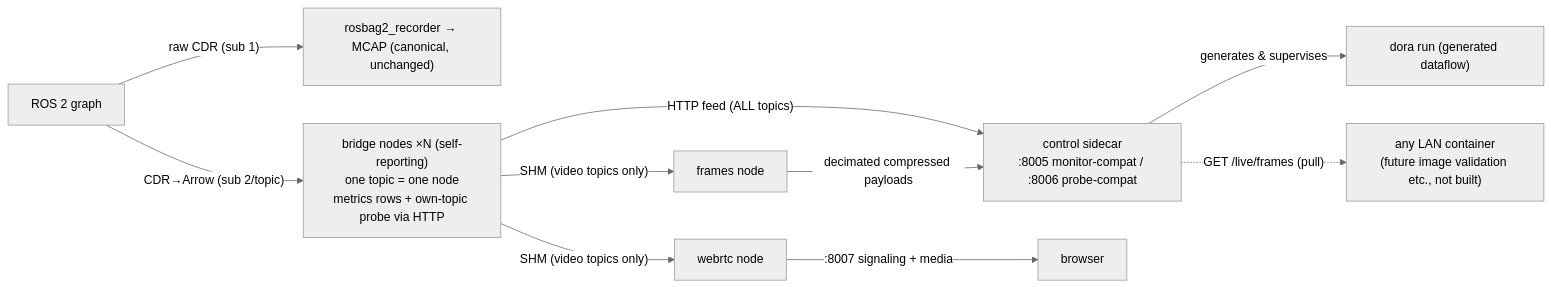
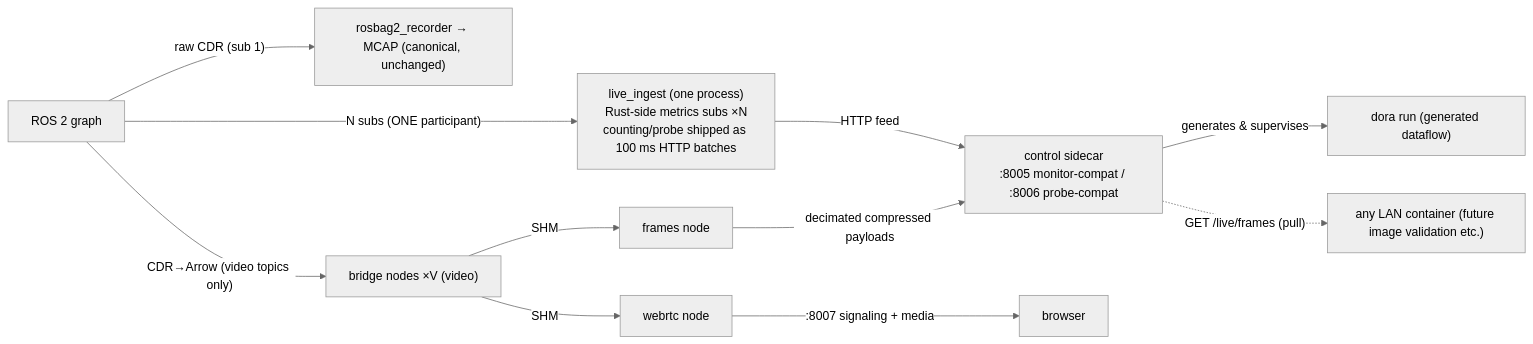
One commit to sige0002/kairos changed the diagram in docs/specs/en/dora_live.md. Above: the diagram before and after it, drawn with Mermaid (neutral theme). The commit also changed other lines of this file and 9 other files, not shown here.

````diff
--- a/docs/specs/en/dora_live.md
+++ b/docs/specs/en/dora_live.md
@@ -29,11 +29,12 @@
 ```mermaid
 flowchart LR
     ROS["ROS 2 graph"] -->|"raw CDR (sub 1)"| REC["rosbag2_recorder → MCAP (canonical, unchanged)"]
-    ROS -->|"CDR→Arrow (sub 2/topic)"| B["bridge nodes ×N (self-reporting)<br/>one topic = one node<br/>metrics rows + own-topic probe via HTTP"]
-    B -->|"HTTP feed (ALL topics)"| C["control sidecar<br/>:8005 monitor-compat / :8006 probe-compat"]
-    B -->|"SHM (video topics only)"| F["frames node"] & W["webrtc node"]
+    ROS -->|"N subs (ONE participant)"| ING["live_ingest (one process)<br/>Rust-side metrics subs ×N<br/>counting/probe shipped as 100 ms HTTP batches"]
+    ROS -->|"CDR→Arrow (video topics only)"| B["bridge nodes ×V (video)"]
+    ING -->|"HTTP feed"| C["control sidecar<br/>:8005 monitor-compat / :8006 probe-compat"]
+    B -->|"SHM"| F["frames node"] & W["webrtc node"]
     F -->|"decimated compressed payloads"| C
     W -->|":8007 signaling + media"| BR["browser"]
     C -->|generates & supervises| DF["dora run (generated dataflow)"]
-    C -.->|"GET /live/frames (pull)"| EXT["any LAN container<br/>(future image validation etc., not built)"]
+    C -.->|"GET /live/frames (pull)"| EXT["any LAN container (future image validation etc.)"]
 ```
````
